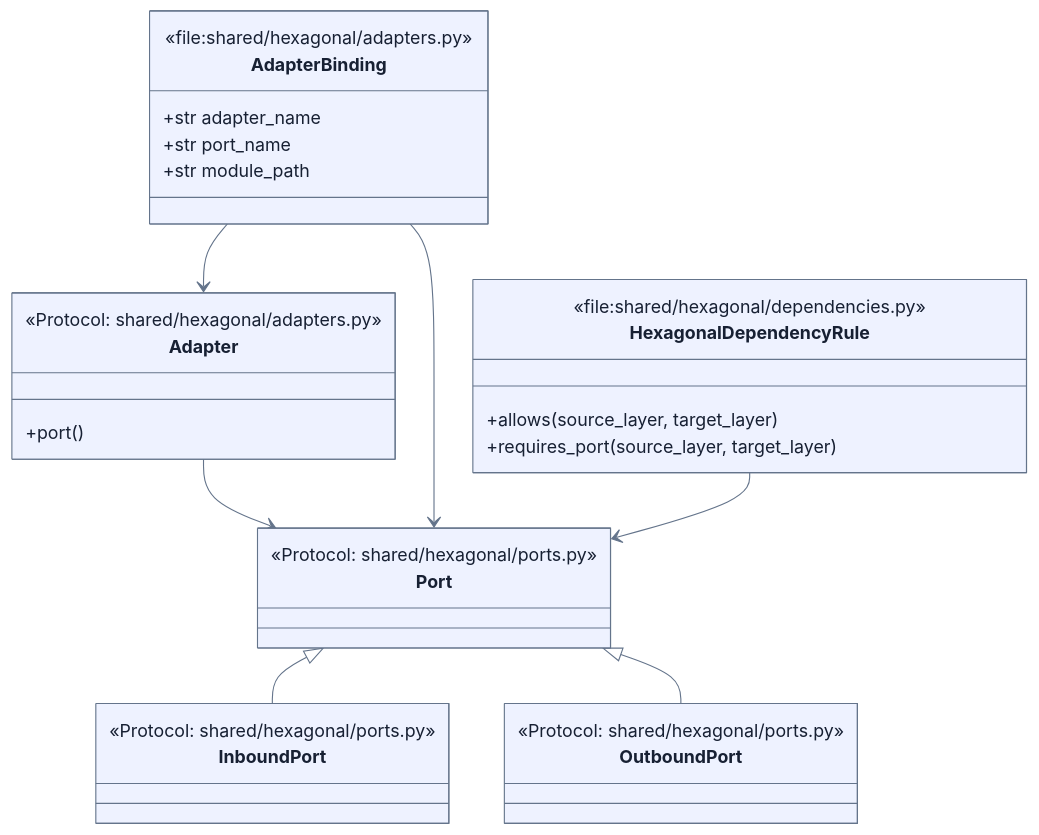
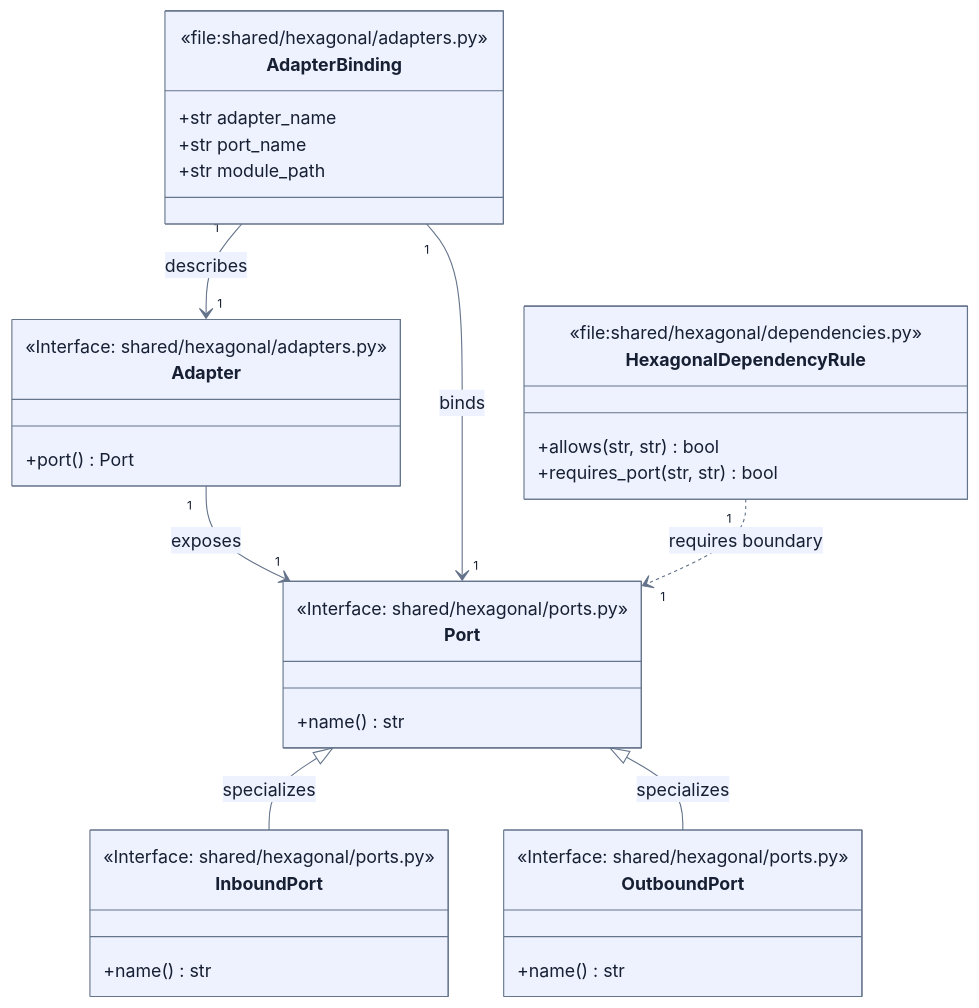
Before and after one commit to 9orky/enclosure: the second of 3 diagrams in .enclosure/plans/planning-workflow/epics/hexagonal-foundation/SCHEMAS.md, drawn with Mermaid. The commit also changed other lines of this file and 30 other files, not shown here.

````diff
--- a/.enclosure/plans/planning-workflow/epics/hexagonal-foundation/SCHEMAS.md
+++ b/.enclosure/plans/planning-workflow/epics/hexagonal-foundation/SCHEMAS.md
@@ -68,41 +79,44 @@
 ```mermaid
 %% contract: symbols
 %%{init: {"theme": "base", "themeVariables": {"primaryColor": "#eef2ff", "primaryTextColor": "#172033", "primaryBorderColor": "#64748b", "lineColor": "#64748b"}}}%%
 classDiagram
     class Port {
-      <<Protocol: shared/hexagonal/ports.py>>
+      <<Interface: shared/hexagonal/ports.py>>
+      +name() str
     }
 
     class InboundPort {
-      <<Protocol: shared/hexagonal/ports.py>>
+      <<Interface: shared/hexagonal/ports.py>>
+      +name() str
     }
 
     class OutboundPort {
-      <<Protocol: shared/hexagonal/ports.py>>
+      <<Interface: shared/hexagonal/ports.py>>
+      +name() str
     }
 
     class Adapter {
-      <<Protocol: shared/hexagonal/adapters.py>>
-      +port()
+      <<Interface: shared/hexagonal/adapters.py>>
+      +port() Port
     }
 
     class AdapterBinding {
       <<file:shared/hexagonal/adapters.py>>
       +str adapter_name
       +str port_name
       +str module_path
     }
 
     class HexagonalDependencyRule {
       <<file:shared/hexagonal/dependencies.py>>
-      +allows(source_layer, target_layer)
-      +requires_port(source_layer, target_layer)
+      +allows(str, str) bool
+      +requires_port(str, str) bool
     }
 
-    Port <|-- InboundPort
-    Port <|-- OutboundPort
-    Adapter --> Port
-    AdapterBinding --> Adapter
-    AdapterBinding --> Port
-    HexagonalDependencyRule --> Port
+    Port <|-- InboundPort : specializes
+    Port <|-- OutboundPort : specializes
+    Adapter "1" --> "1" Port : exposes
+    AdapterBinding "1" --> "1" Adapter : describes
+    AdapterBinding "1" --> "1" Port : binds
+    HexagonalDependencyRule "1" ..> "1" Port : requires boundary
 ```
````
